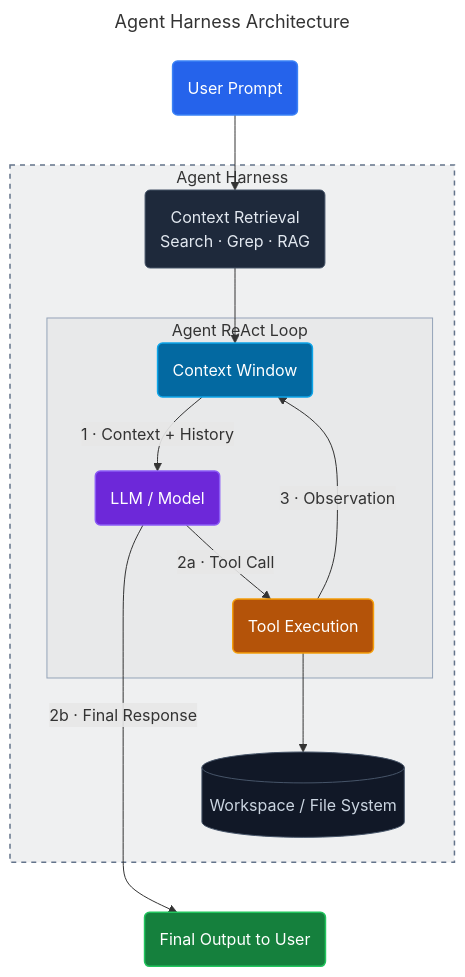
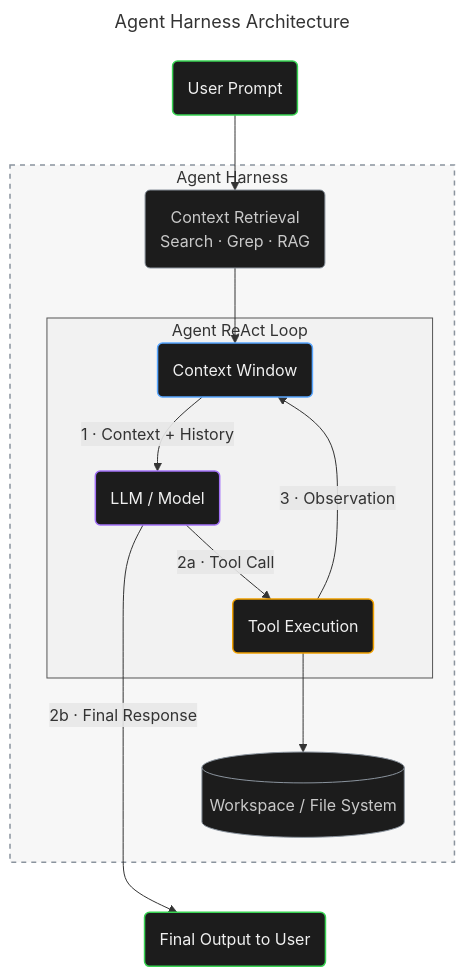
One commit to amir0ff/amir0ff changed the diagram in README.md. Above: the diagram before and after it, drawn with Mermaid.

````diff
--- a/README.md
+++ b/README.md
@@ -13,49 +13,65 @@
 ```mermaid
 ---
 title: Agent Harness Architecture
 ---
 graph TD
     User("User Prompt") --> RAG
 
     subgraph Harness["Agent Harness"]
         RAG("Context Retrieval<br/>Search · Grep · RAG") --> CW
 
         subgraph Loop["Agent ReAct Loop"]
             CW("Context Window")
             LLM("LLM / Model")
             TE("Tool Execution")
 
             CW -->|"1 · Context + History"| LLM
             LLM -->|"2a · Tool Call"| TE
             TE -->|"3 · Observation"| CW
         end
 
         TE --> WorkSpace[("Workspace / File System")]
     end
 
     %% Lengthened arrow keeps final output visually separated
     LLM ---->|"2b · Final Response"| FinalAnswer("Final Output to User")
     WorkSpace ~~~ FinalAnswer
 
+    %% Theme: Carbon Glow
+    %% Dark charcoal surfaces with restrained semantic neon accents.
+    %% Designed to visually match dark GitHub stats/streak/language cards.
+
     %% Node styles
-    classDef input fill:#2563eb,stroke:#3b82f6,color:#ffffff,stroke-width:1.5px
-    classDef context fill:#0369a1,stroke:#0ea5e9,color:#ffffff,stroke-width:1.5px
-    classDef model fill:#6d28d9,stroke:#8b5cf6,color:#ffffff,stroke-width:1.5px
-    classDef tool fill:#b45309,stroke:#f59e0b,color:#ffffff,stroke-width:1.5px
-    classDef retrieval fill:#1e293b,stroke:#475569,color:#e2e8f0,stroke-width:1px
-    classDef storage fill:#111827,stroke:#475569,color:#cbd5e1,stroke-width:1px
-    classDef output fill:#15803d,stroke:#22c55e,color:#ffffff,stroke-width:1.5px
+    %% Green = entry / successful completion
+    classDef input fill:#1c1c1c,stroke:#39d353,color:#f0f0f0,stroke-width:1.5px
+    classDef output fill:#1c1c1c,stroke:#39d353,color:#f0f0f0,stroke-width:1.5px
+
+    %% Blue = context / active information state
+    classDef context fill:#1c1c1c,stroke:#58a6ff,color:#f0f0f0,stroke-width:1.5px
+
+    %% Purple = model / intelligence
+    classDef model fill:#1c1c1c,stroke:#a371f7,color:#f0f0f0,stroke-width:1.5px
+
+    %% Amber = tool execution / action
+    classDef tool fill:#1c1c1c,stroke:#f0a000,color:#f0f0f0,stroke-width:1.5px
+
+    %% Gray = retrieval / infrastructure / persistence
+    classDef retrieval fill:#1c1c1c,stroke:#8b949e,color:#c9c9c9,stroke-width:1px
+    classDef storage fill:#1c1c1c,stroke:#8b949e,color:#c9c9c9,stroke-width:1px
 
     %% Apply node styles
     class User input
     class RAG retrieval
     class CW context
     class LLM model
     class TE tool
     class WorkSpace storage
     class FinalAnswer output
 
     %% Container styles
-    style Harness fill:#0f172a10,stroke:#64748b,stroke-width:1.5px,stroke-dasharray:5 5
-    style Loop fill:#0f172a08,stroke:#94a3b8,stroke-width:1px
+    %% Outer harness uses a brighter dashed boundary
+    style Harness fill:#1c1c1c08,stroke:#8b949e,stroke-width:1.5px,stroke-dasharray:5 5
+
+    %% Inner ReAct loop stays more subtle
+    style Loop fill:#1c1c1c05,stroke:#555555,stroke-width:1px
 ```
````
